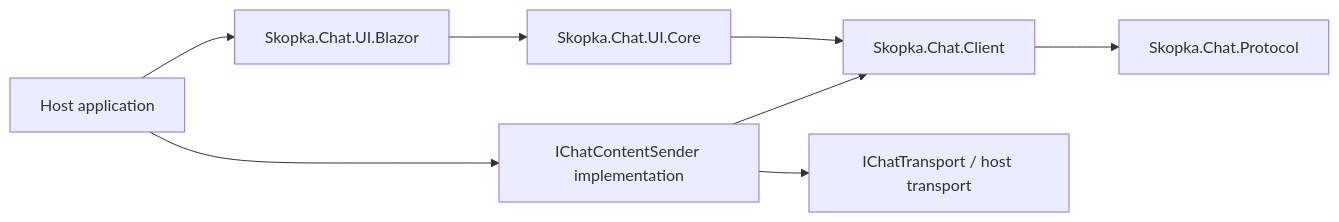
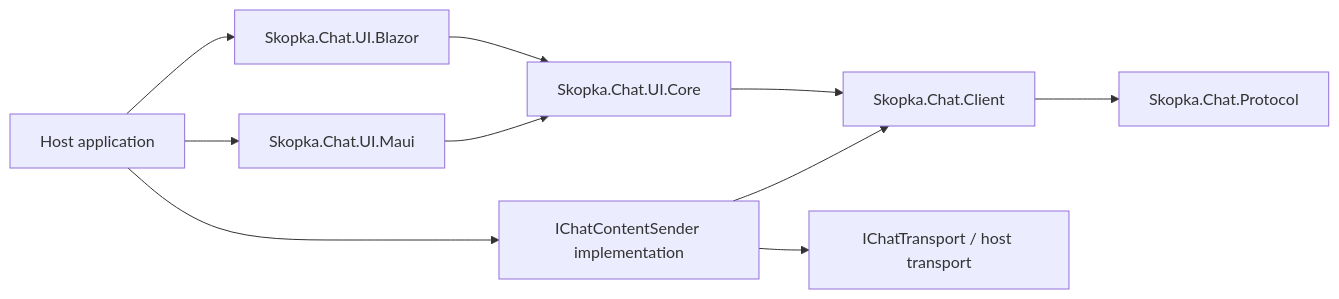
The diagram in docs/ui.md (skopka/chat), drawn with Mermaid before and after one commit. The commit also changed other lines of this file and 94 other files, not shown here.

Commit message:
feat: add reusable MAUI chat support

````diff
--- a/docs/ui.md
+++ b/docs/ui.md
@@ -7,10 +7,12 @@
 ```mermaid
 flowchart LR
     Blazor[Skopka.Chat.UI.Blazor] --> Core[Skopka.Chat.UI.Core]
+    Maui[Skopka.Chat.UI.Maui] --> Core
     Core --> Client[Skopka.Chat.Client]
     Client --> Protocol[Skopka.Chat.Protocol]
     Host[Host application] --> Blazor
+    Host --> Maui
     Host --> Sender[IChatContentSender implementation]
     Sender --> Client
     Sender --> Transport[IChatTransport / host transport]
 ```
````
